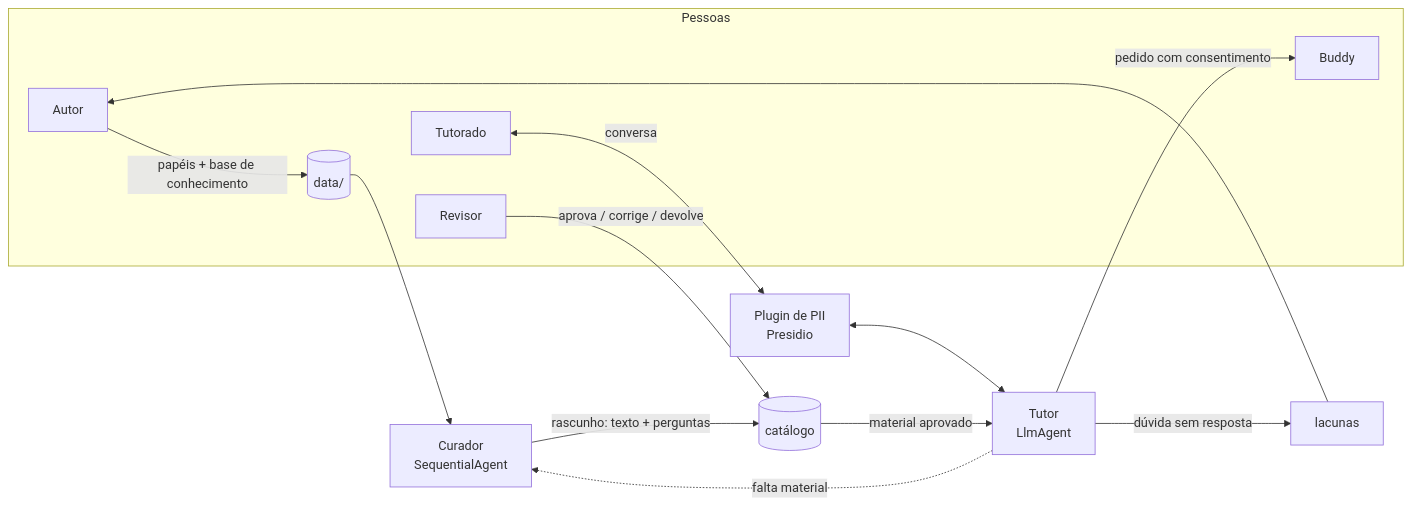
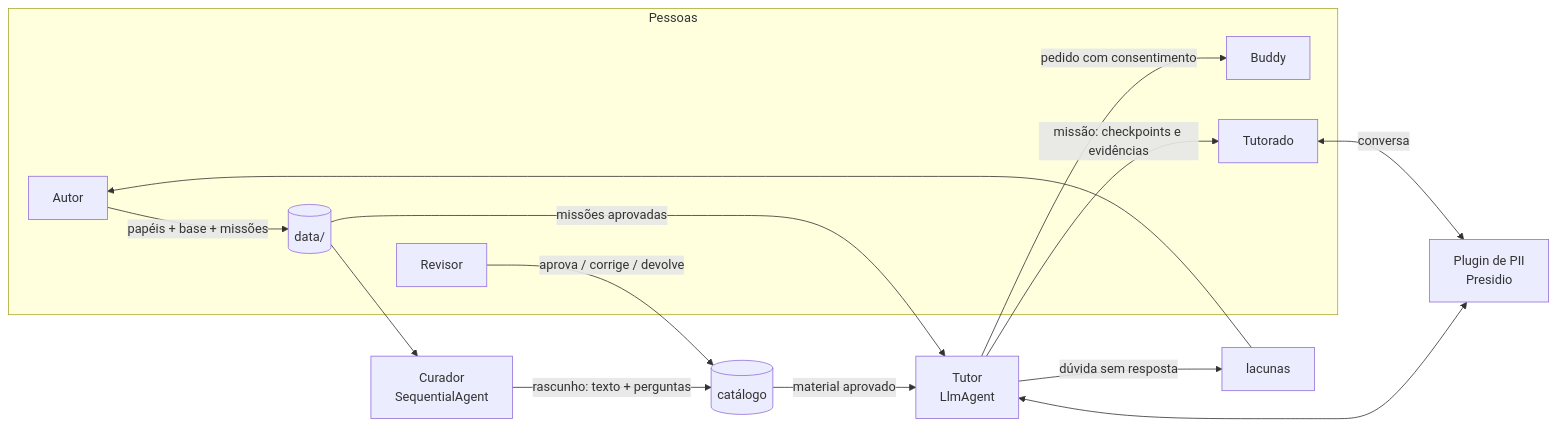
The diagram in onboarding-agent/README.md (andrelpcarvalho/onboarding-agents), drawn with Mermaid before and after one commit. The commit also changed other lines of this file and 6 other files, not shown here.

````diff
--- a/onboarding-agent/README.md
+++ b/onboarding-agent/README.md
@@ -58,19 +58,20 @@
 ```mermaid
 flowchart LR
     subgraph Pessoas
-        A[Autor] -->|papéis + base de conhecimento| KB[(data/)]
+        A[Autor] -->|papéis + base + missões| KB[(data/)]
         R[Revisor]
         B[Buddy]
         T[Tutorado]
     end
 
     KB --> C[Curador<br/>SequentialAgent]
     C -->|rascunho: texto + perguntas| CAT[(catálogo)]
     R -->|aprova / corrige / devolve| CAT
 
     T <-->|conversa| P[Plugin de PII<br/>Presidio] <--> TU[Tutor<br/>LlmAgent]
     CAT -->|material aprovado| TU
     TU -->|dúvida sem resposta| GAP[lacunas] --> A
     TU -->|pedido com consentimento| B
-    TU -.->|falta material| C
+    KB -->|missões aprovadas| TU
+    TU -->|missão: checkpoints e evidências| T
 ```
````
